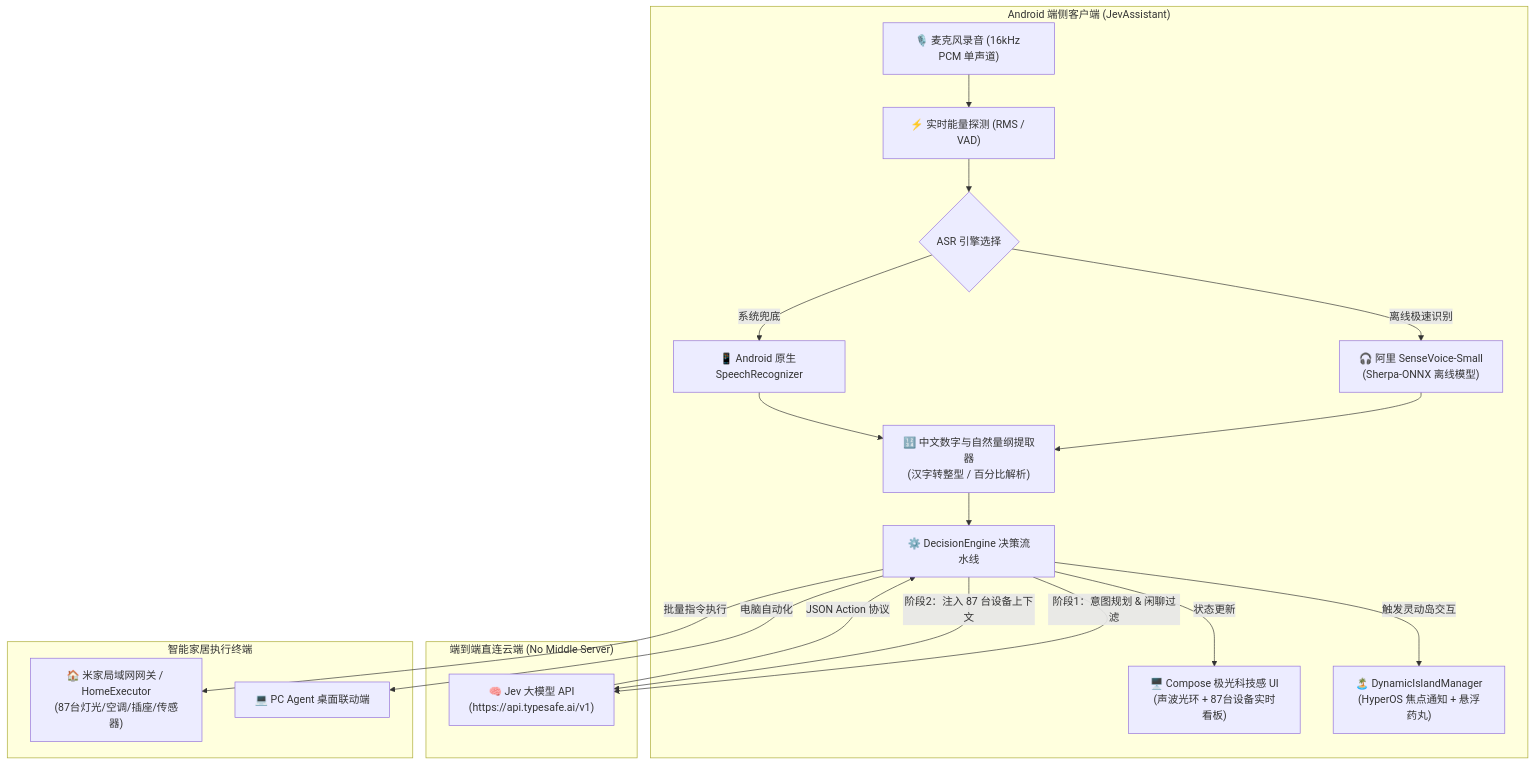
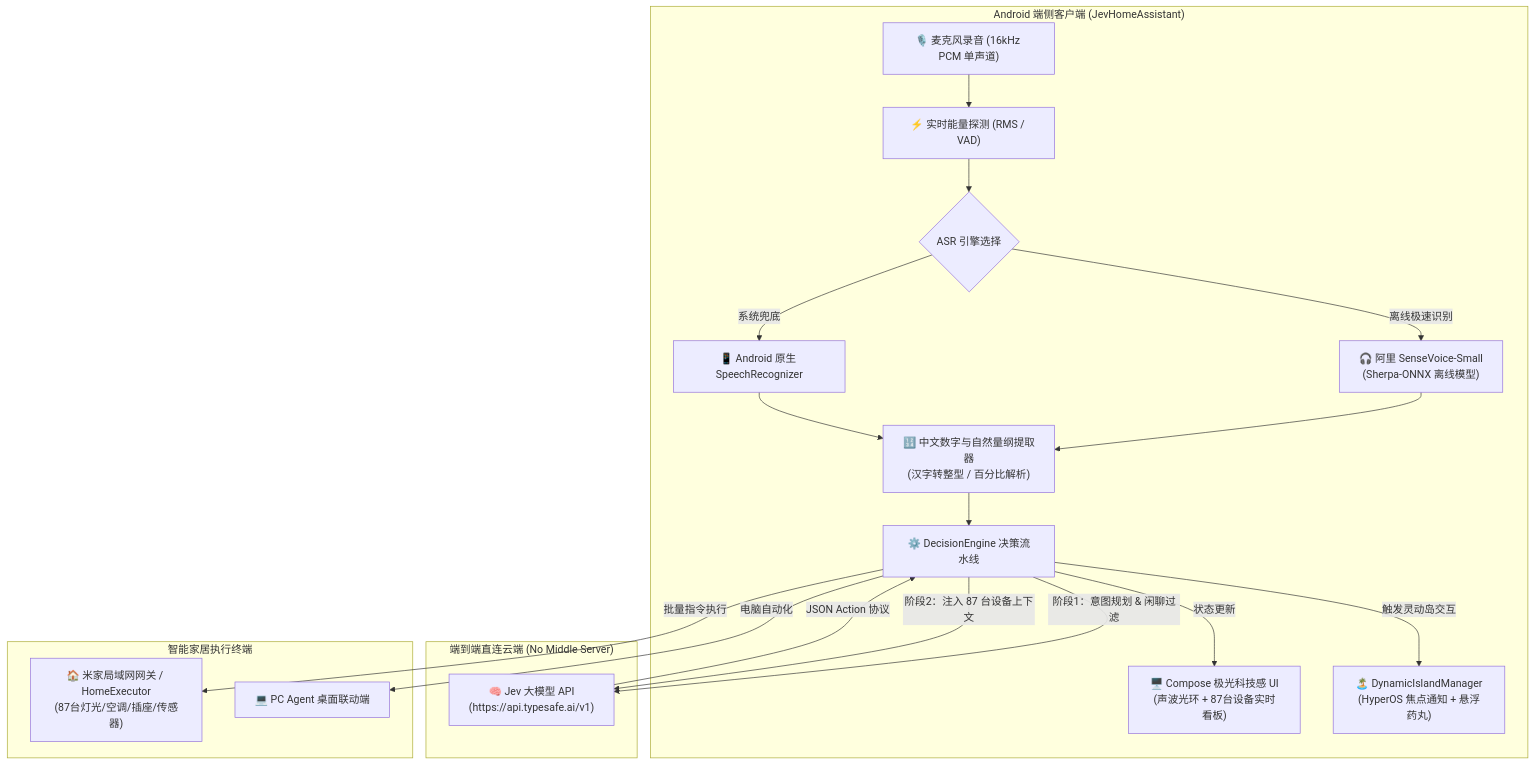
One commit to wantosure/JevHomeAssistant changed the diagram in README_GITHUB.md. Above: the diagram before and after it, drawn with Mermaid. The commit also changed other lines of this file and 9 other files, not shown here.

Commit message:
chore: rename project to JevHomeAssistant across configs, docs, and android app

````diff
--- a/README_GITHUB.md
+++ b/README_GITHUB.md
@@ -63,37 +63,37 @@
 ```mermaid
 flowchart TD
-    subgraph Client ["Android 端侧客户端 (JevAssistant)"]
+    subgraph Client ["Android 端侧客户端 (JevHomeAssistant)"]
         MIC["🎙️ 麦克风录音 (16kHz PCM 单声道)"]
         VAD["⚡ 实时能量探测 (RMS / VAD)"]
         ASR{"ASR 引擎选择"}
         SENSE["🎧 阿里 SenseVoice-Small<br/>(Sherpa-ONNX 离线模型)"]
         SYS_ASR["📱 Android 原生 SpeechRecognizer"]
         PARSER["🔢 中文数字与自然量纲提取器<br/>(汉字转整型 / 百分比解析)"]
         ENGINE["⚙️ DecisionEngine 决策流水线"]
         UI["🖥️ Compose 极光科技感 UI<br/>(声波光环 + 87台设备实时看板)"]
         ISLAND["🏝️ DynamicIslandManager<br/>(HyperOS 焦点通知 + 悬浮药丸)"]
     end
 
     subgraph Cloud ["端到端直连云端 (No Middle Server)"]
         JEV["🧠 Jev 大模型 API<br/>(https://api.typesafe.ai/v1)"]
     end
 
     subgraph SmartHome ["智能家居执行终端"]
         MIJIA["🏠 米家局域网网关 / HomeExecutor<br/>(87台灯光/空调/插座/传感器)"]
         PC["💻 PC Agent 桌面联动端"]
     end
 
     MIC --> VAD --> ASR
     ASR -->|离线极速识别| SENSE
     ASR -->|系统兜底| SYS_ASR
     SENSE --> PARSER
     SYS_ASR --> PARSER
     PARSER --> ENGINE
     ENGINE -->|阶段1：意图规划 & 闲聊过滤| JEV
     ENGINE -->|阶段2：注入 87 台设备上下文| JEV
     JEV -->|JSON Action 协议| ENGINE
     ENGINE -->|状态更新| UI
     ENGINE -->|触发灵动岛交互| ISLAND
     ENGINE -->|批量指令执行| MIJIA
     ENGINE -->|电脑自动化| PC
 ```
````
